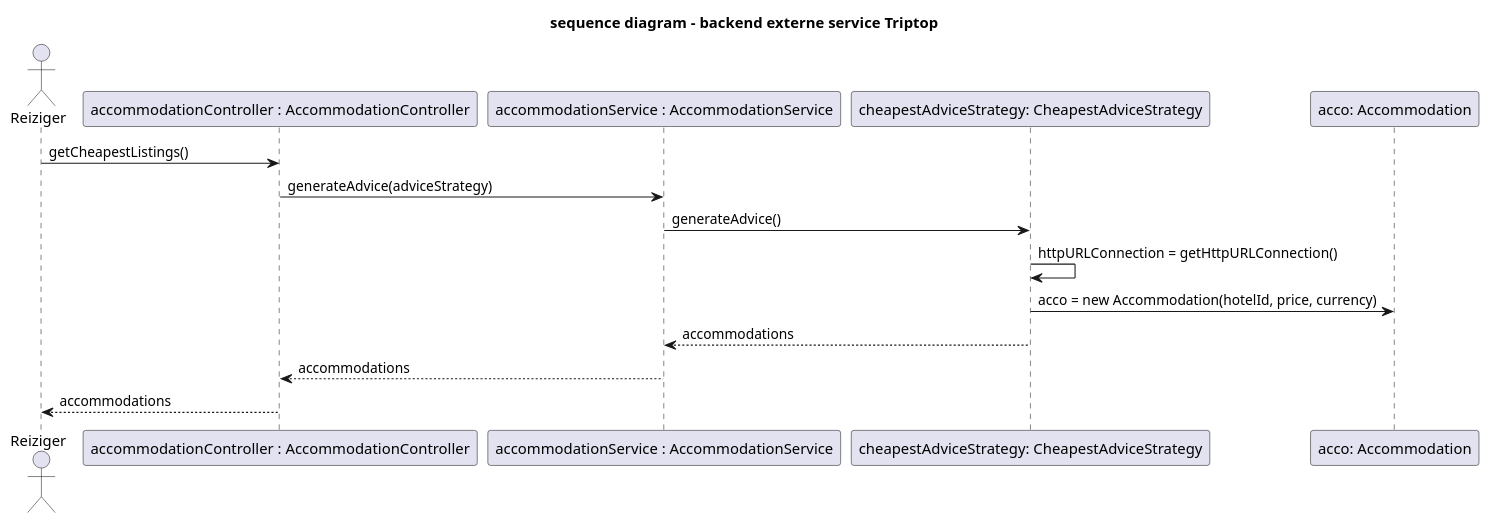
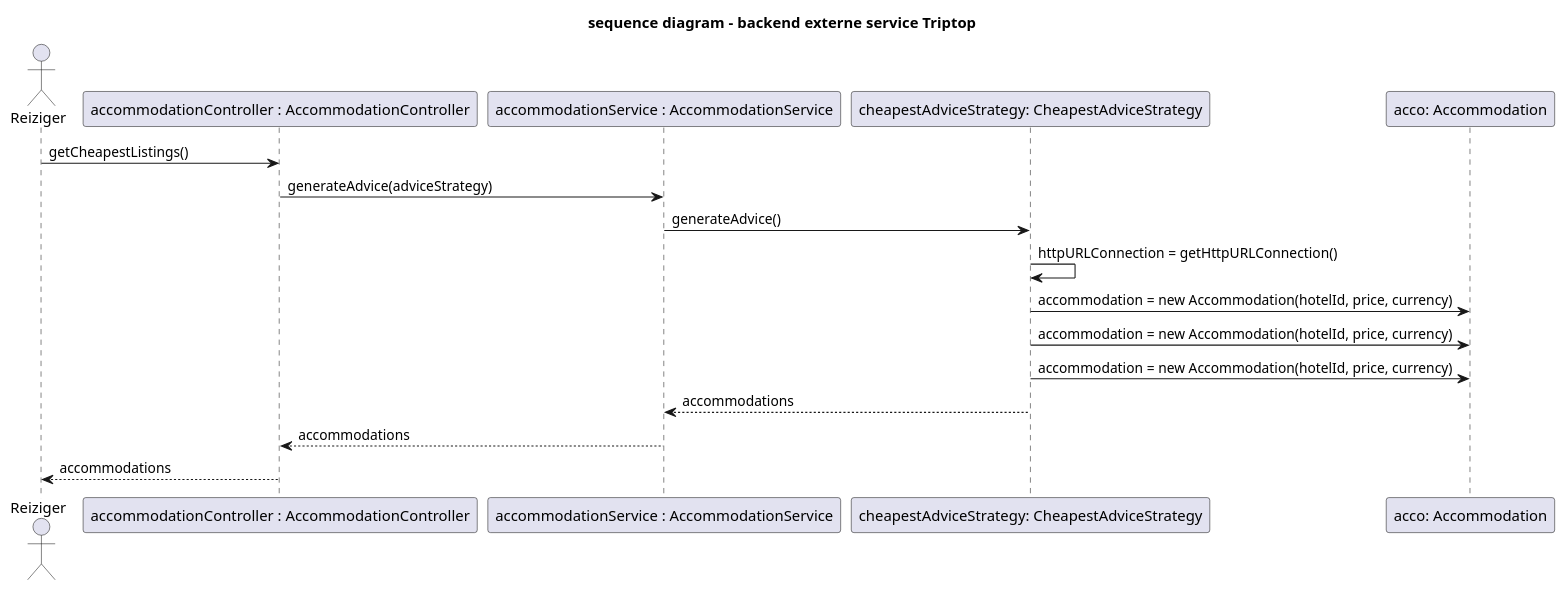
Before and after one commit to AIM-ENE-feb25/triptop-groep-tweeeeeeeeeeeeeeeeeeeeee: the diagram in sequence diagram advice.puml, drawn with PlantUML. The commit also changed 15 other files, not shown here.

```diff
--- a/sequence diagram advice.puml
+++ b/sequence diagram advice.puml
@@ -1,20 +1,22 @@
 @startuml
 
 title sequence diagram - backend externe service Triptop
 
 actor Reiziger
 participant "accommodationController : AccommodationController" as controller
 participant "accommodationService : AccommodationService" as service
 participant "cheapestAdviceStrategy: CheapestAdviceStrategy" as CAS
 participant "acco: Accommodation" as accommodation
 
 Reiziger -> controller: getCheapestListings()
 controller -> service: generateAdvice(adviceStrategy)
 service -> CAS: generateAdvice()
 CAS -> CAS: httpURLConnection = getHttpURLConnection()
-CAS -> accommodation: acco = new Accommodation(hotelId, price, currency)
+CAS -> accommodation: accommodation = new Accommodation(hotelId, price, currency)
+CAS -> accommodation: accommodation = new Accommodation(hotelId, price, currency)
+CAS -> accommodation: accommodation = new Accommodation(hotelId, price, currency)
 CAS --> service: accommodations
 service --> controller: accommodations
 controller --> Reiziger: accommodations
 
 @enduml
```
